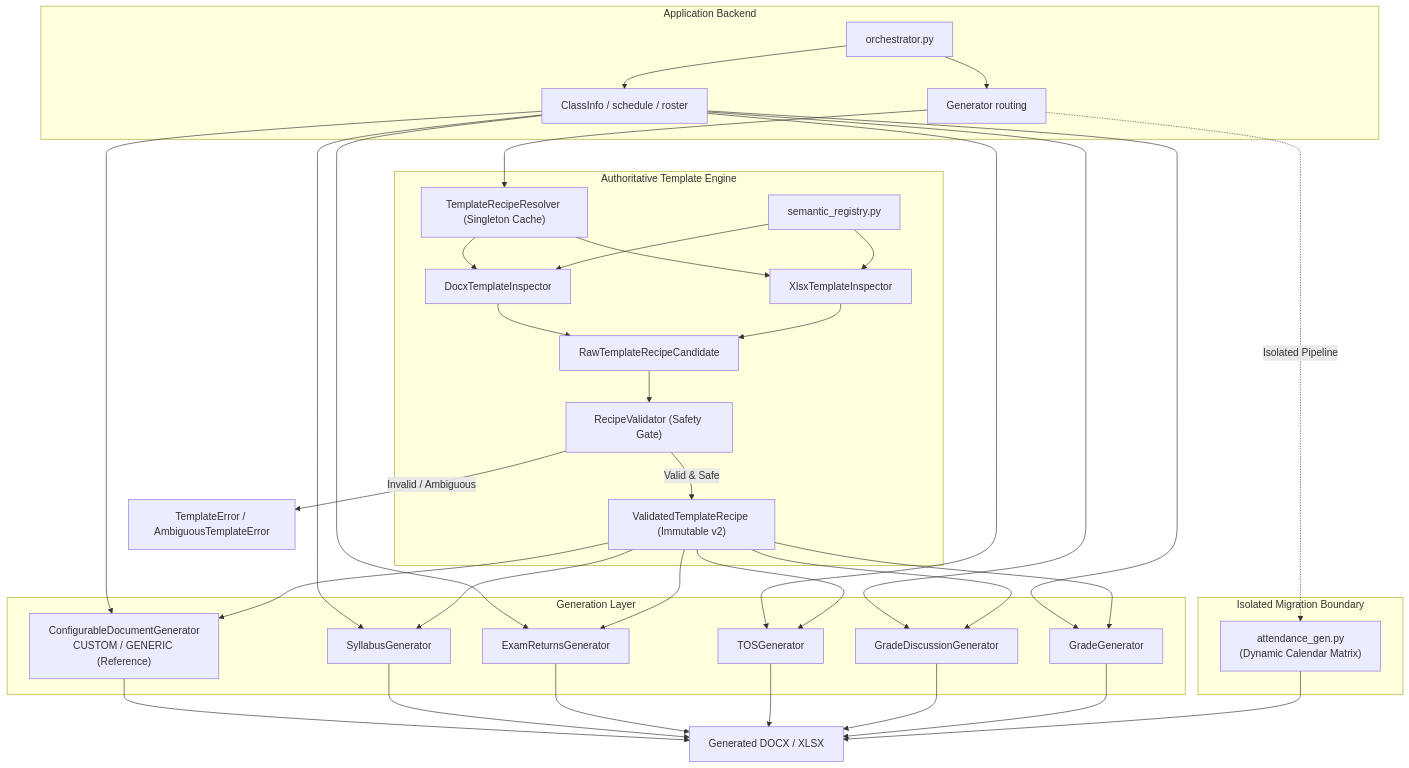
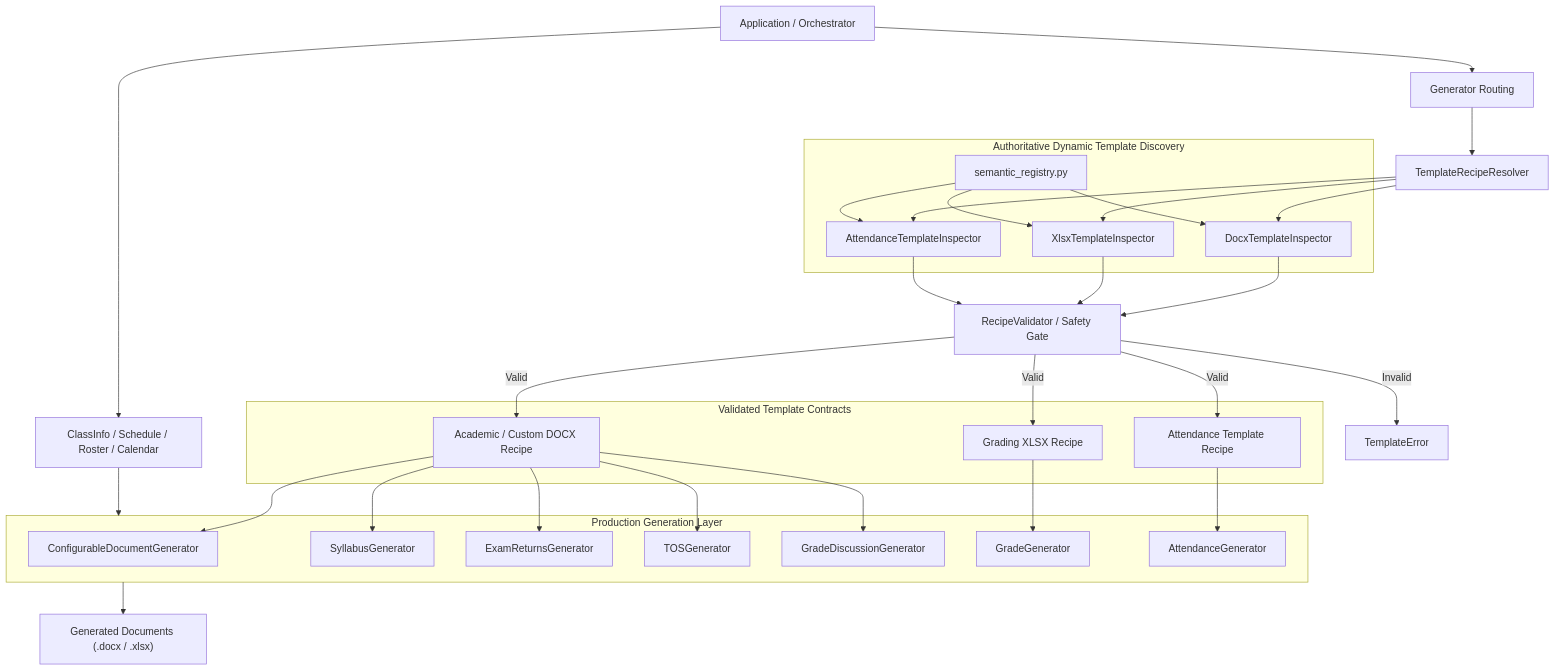
Before and after one commit to DrinkBoooz/cvsu-generator_documentation: the diagram in 01 - Architecture/Template Discovery Pipeline.md, drawn with Mermaid. The commit also changed other lines of this file and 3 other files, not shown here.

Commit message:
25: synchronize obsidian vault with authoritative attendance recipe architecture

````diff
--- a/01 - Architecture/Template Discovery Pipeline.md
+++ b/01 - Architecture/Template Discovery Pipeline.md
@@ -43,76 +46,72 @@
 ```mermaid
 flowchart TD
-    subgraph APP["Application Backend"]
-        ORCH["orchestrator.py"]
-        DATA["ClassInfo / schedule / roster"]
-        ROUTER["Generator routing"]
-    end
 
-    subgraph TEMPLATE_ENGINE["Authoritative Template Engine"]
-        RESOLVER["TemplateRecipeResolver (Singleton Cache)"]
+    APP["Application / Orchestrator"]
+    DATA["ClassInfo / Schedule / Roster / Calendar"]
+    ROUTER["Generator Routing"]
+
+    RESOLVER["TemplateRecipeResolver"]
+
+    subgraph DISCOVERY["Authoritative Dynamic Template Discovery"]
         REG["semantic_registry.py"]
         DOCX["DocxTemplateInspector"]
         XLSX["XlsxTemplateInspector"]
-        CANDIDATE["RawTemplateRecipeCandidate"]
-        VALIDATOR["RecipeValidator (Safety Gate)"]
-        RECIPE["ValidatedTemplateRecipe (Immutable v2)"]
+        ATTINS["AttendanceTemplateInspector"]
     end
 
-    subgraph GENERATORS["Generation Layer"]
-        GENERIC["ConfigurableDocumentGenerator<br/>CUSTOM / GENERIC (Reference)"]
+    subgraph RECIPES["Validated Template Contracts"]
+        DOCXRECIPE["Academic / Custom DOCX Recipe"]
+        XLSXRECIPE["Grading XLSX Recipe"]
+        ATTRECIPE["Attendance Template Recipe"]
+    end
+
+    VALID["RecipeValidator / Safety Gate"]
+    ERROR["TemplateError"]
+
+    subgraph GENERATORS["Production Generation Layer"]
+        GENERIC["ConfigurableDocumentGenerator"]
         SYL["SyllabusGenerator"]
         EXAM["ExamReturnsGenerator"]
         TOS["TOSGenerator"]
         GD["GradeDiscussionGenerator"]
-        GG["GradeGenerator"]
+        GRADE["GradeGenerator"]
+        ATTGEN["AttendanceGenerator"]
     end
 
-    subgraph BOUNDARY["Isolated Migration Boundary"]
-        ATT["attendance_gen.py<br/>(Dynamic Calendar Matrix)"]
-    end
+    OUTPUT["Generated Documents (.docx / .xlsx)"]
 
-    ERROR["TemplateError / AmbiguousTemplateError"]
-    OUTPUT["Generated DOCX / XLSX"]
-
-    ORCH --> DATA
-    ORCH --> ROUTER
+    APP --> ROUTER
+    APP --> DATA
 
     ROUTER --> RESOLVER
+
     RESOLVER --> DOCX
     RESOLVER --> XLSX
+    RESOLVER --> ATTINS
 
     REG --> DOCX
     REG --> XLSX
+    REG --> ATTINS
 
-    DOCX --> CANDIDATE
-    XLSX --> CANDIDATE
+    DOCX --> VALID
+    XLSX --> VALID
+    ATTINS --> VALID
 
-    CANDIDATE --> VALIDATOR
+    VALID -->|Valid| DOCXRECIPE
+    VALID -->|Valid| XLSXRECIPE
+    VALID -->|Valid| ATTRECIPE
 
-    VALIDATOR -->|Valid & Safe| RECIPE
-    VALIDATOR -->|Invalid / Ambiguous| ERROR
+    VALID -->|Invalid| ERROR
 
-    DATA --> GENERIC
-    DATA --> SYL
-    DATA --> EXAM
-    DATA --> TOS
-    DATA --> GD
-    DATA --> GG
+    DOCXRECIPE --> GENERIC
+    DOCXRECIPE --> SYL
+    DOCXRECIPE --> EXAM
+    DOCXRECIPE --> TOS
+    DOCXRECIPE --> GD
 
-    RECIPE --> GENERIC
-    RECIPE --> SYL
-    RECIPE --> EXAM
-    RECIPE --> TOS
-    RECIPE --> GD
-    RECIPE --> GG
+    XLSXRECIPE --> GRADE
+    ATTRECIPE --> ATTGEN
 
-    GENERIC --> OUTPUT
-    SYL --> OUTPUT
-    EXAM --> OUTPUT
-    TOS --> OUTPUT
-    GD --> OUTPUT
-    GG --> OUTPUT
-
-    ROUTER -.->|Isolated Pipeline| ATT
-    ATT --> OUTPUT
+    DATA --> GENERATORS
+    GENERATORS --> OUTPUT
 ```
````
